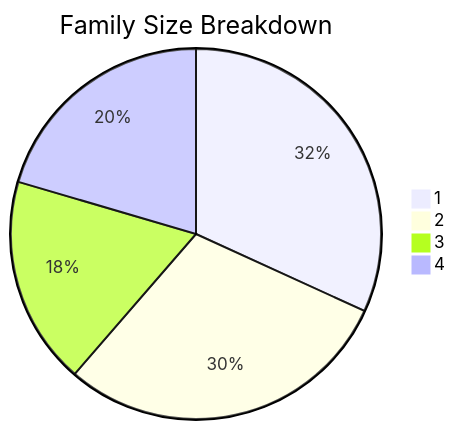
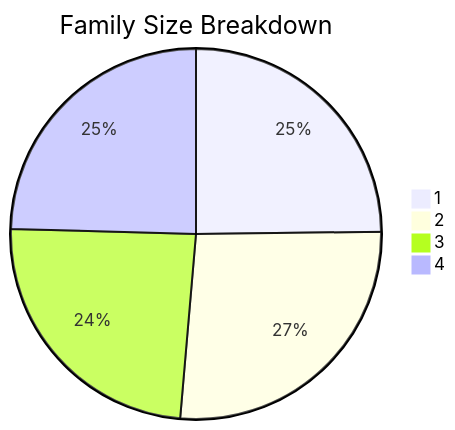
Before and after one commit to dhagan-va/intern-2025: the sixth of 10 diagrams in test-tools/DataGen/src/Statistics_Visualizer.md, drawn with Mermaid. The commit also changed other lines of this file and 3 other files, not shown here.

````diff
--- a/test-tools/DataGen/src/Statistics_Visualizer.md
+++ b/test-tools/DataGen/src/Statistics_Visualizer.md
@@ -67,7 +67,7 @@
 ```mermaid
 pie title Family Size Breakdown
-    "1" : 14
-    "2" : 13
-    "3" : 8
-    "4" : 9
+    "1" : 100
+    "2" : 107
+    "3" : 97
+    "4" : 99
 ```
````
